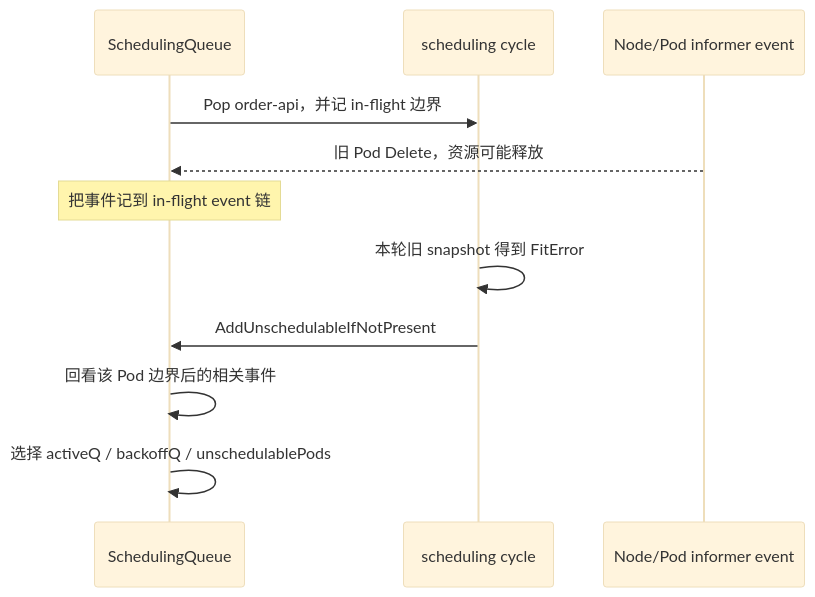
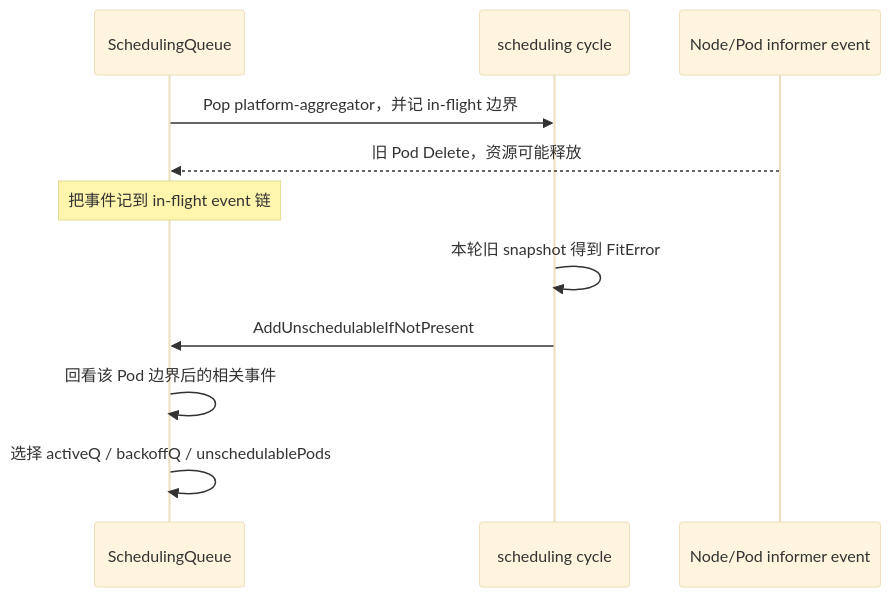
The eighth of 18 diagrams in 07_正式学习讲义/专题/01_Kubernetes_Scheduler从生产实战到业务平台_GPU与源码全景_新手独立讲义.md (zz-datou/k8s_plat_gpu), drawn with Mermaid (base theme) before and after one commit. The commit also changed other lines of this file, not shown here.

````diff
--- a/07_正式学习讲义/专题/01_Kubernetes_Scheduler从生产实战到业务平台_GPU与源码全景_新手独立讲义.md
+++ b/07_正式学习讲义/专题/01_Kubernetes_Scheduler从生产实战到业务平台_GPU与源码全景_新手独立讲义.md
@@ -2198,14 +2241,14 @@
 ```mermaid
 sequenceDiagram
     participant Q as SchedulingQueue
     participant S as scheduling cycle
     participant E as Node/Pod informer event
 
-    Q->>S: Pop order-api，并记 in-flight 边界
+    Q->>S: Pop platform-aggregator，并记 in-flight 边界
     E-->>Q: 旧 Pod Delete，资源可能释放
     Note over Q: 把事件记到 in-flight event 链
     S->>S: 本轮旧 snapshot 得到 FitError
     S->>Q: AddUnschedulableIfNotPresent
     Q->>Q: 回看该 Pod 边界后的相关事件
     Q->>Q: 选择 activeQ / backoffQ / unschedulablePods
 ```
````
